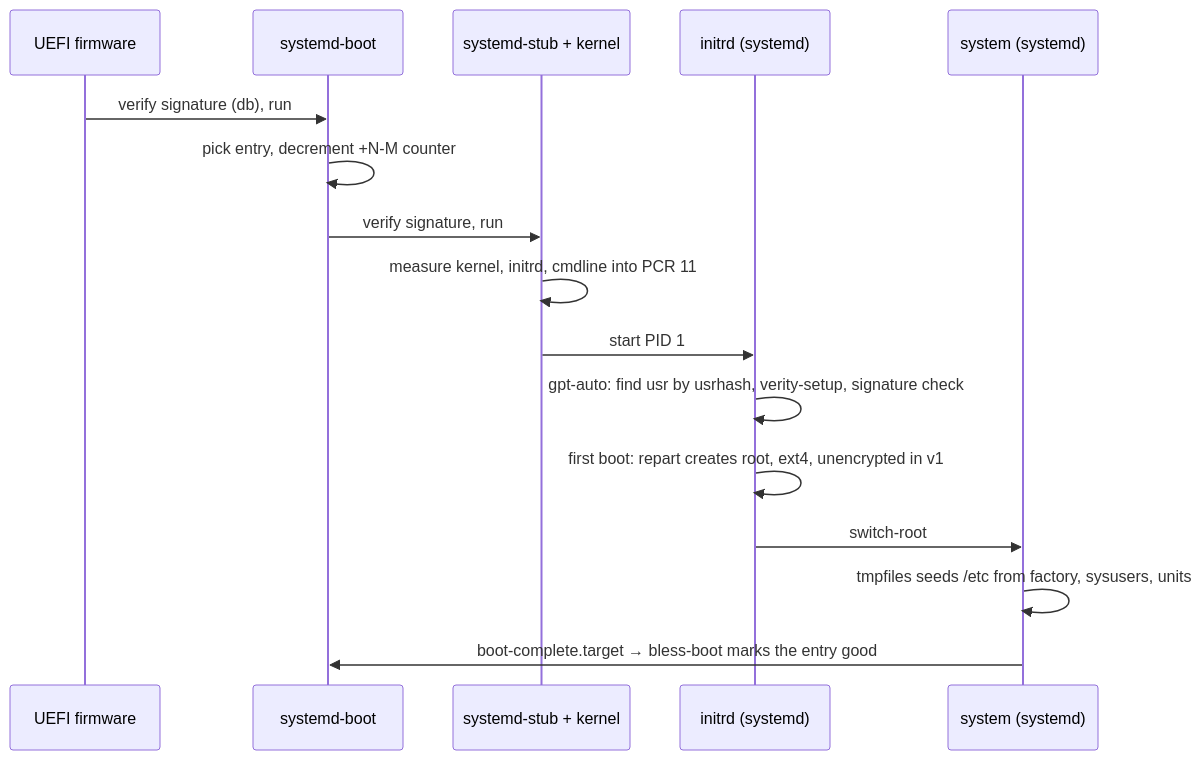
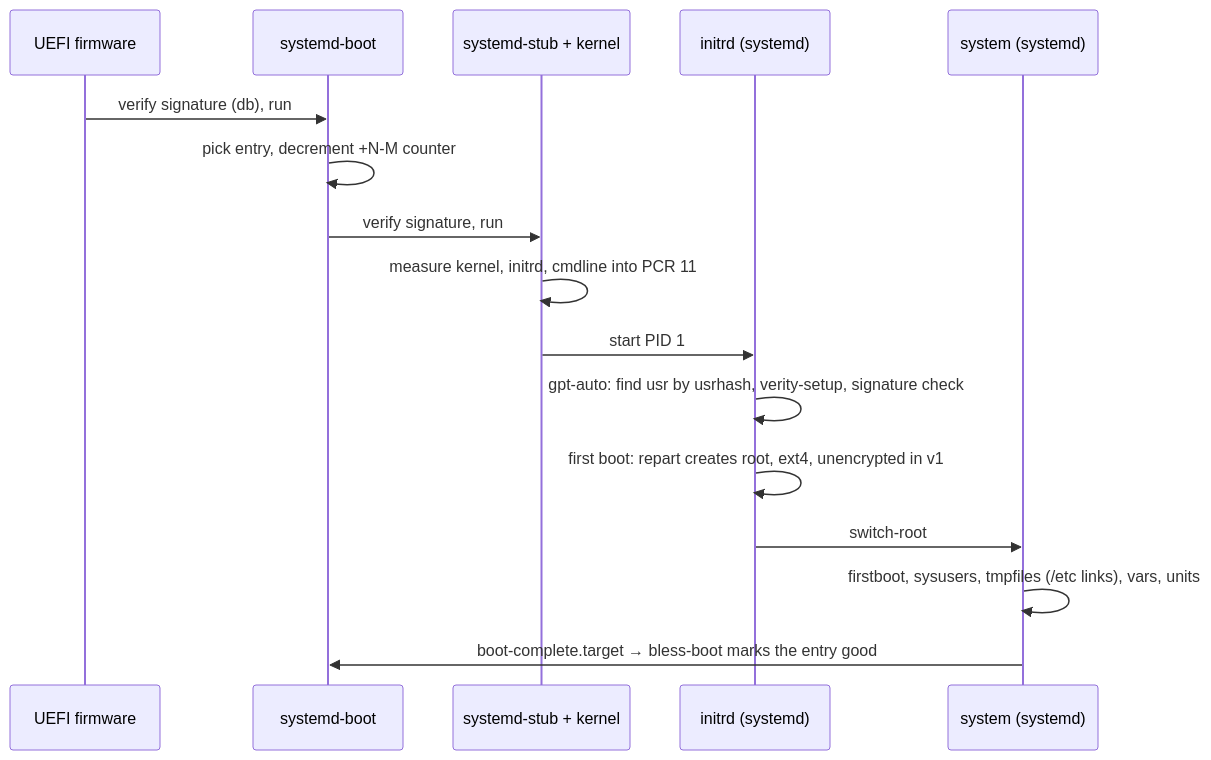
Before and after one commit to slophaer/golconda: the diagram in docs/design/boot.md, drawn with Mermaid. The commit also changed other lines of this file and 18 other files, not shown here.

````diff
--- a/docs/design/boot.md
+++ b/docs/design/boot.md
@@ -9,18 +7,18 @@
 ```mermaid
 sequenceDiagram
   participant FW as UEFI firmware
   participant SB as systemd-boot
   participant UKI as systemd-stub + kernel
   participant IRD as initrd (systemd)
   participant SYS as system (systemd)
   FW->>SB: verify signature (db), run
   SB->>SB: pick entry, decrement +N-M counter
   SB->>UKI: verify signature, run
   UKI->>UKI: measure kernel, initrd, cmdline into PCR 11
   UKI->>IRD: start PID 1
   IRD->>IRD: gpt-auto: find usr by usrhash, verity-setup, signature check
   IRD->>IRD: first boot: repart creates root, ext4, unencrypted in v1
   IRD->>SYS: switch-root
-  SYS->>SYS: tmpfiles seeds /etc from factory, sysusers, units
+  SYS->>SYS: firstboot, sysusers, tmpfiles (/etc links), vars, units
   SYS->>SB: boot-complete.target → bless-boot marks the entry good
 ```
````
